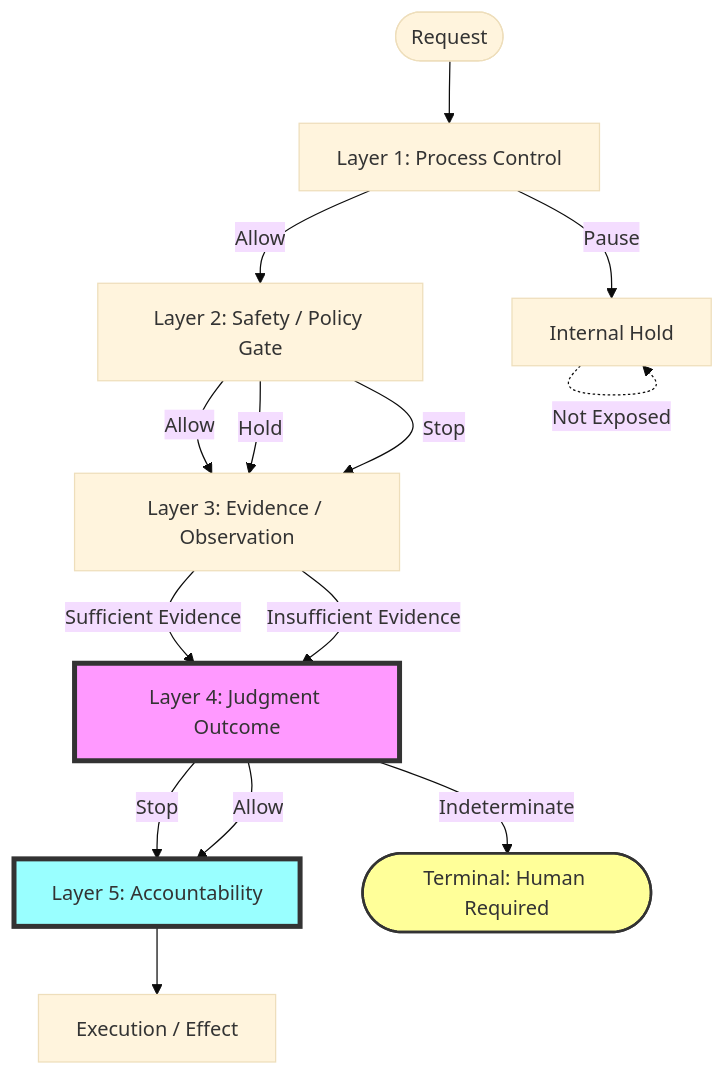
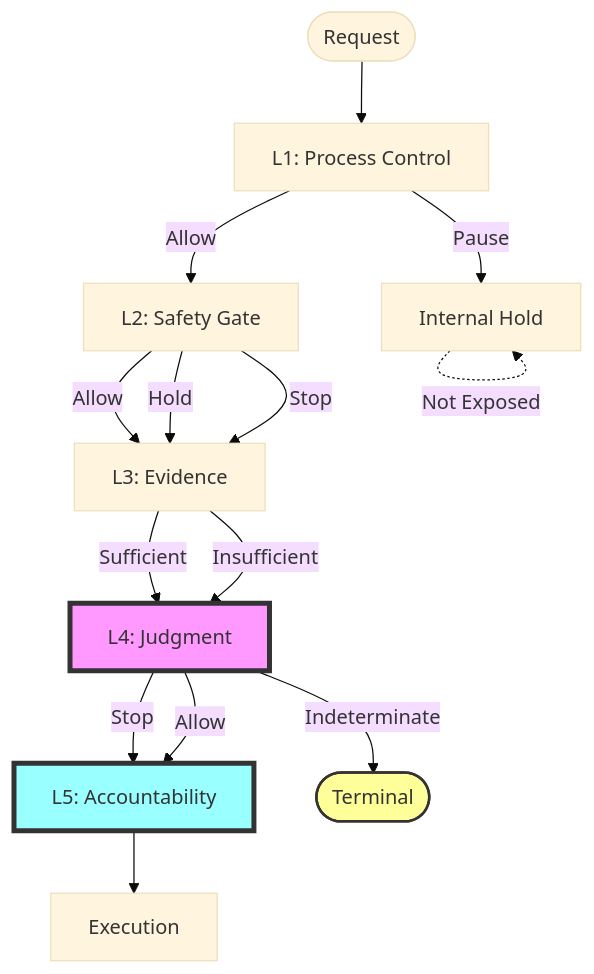
The first of 6 diagrams in README.md (Nick-heo-eg/ajt-judgment-flow-demo), drawn with Mermaid (base theme) before and after one commit. The commit also changed other lines of this file, not shown here.

First line of the commit message:
fix: shorten labels to prevent text overflow in diagrams

````diff
--- a/README.md
+++ b/README.md
@@ -29,25 +29,25 @@
 ```mermaid
 graph TD
-    Start([Request]) --> L1[Layer 1: Process Control]
+    Start([Request]) --> L1[L1: Process Control]
 
-    L1 -->|Allow| L2[Layer 2: Safety / Policy Gate]
+    L1 -->|Allow| L2[L2: Safety Gate]
     L1 -->|Pause| L1_Hold[Internal Hold]
     L1_Hold -.->|Not Exposed| L1_Hold
 
-    L2 -->|Allow| L3[Layer 3: Evidence / Observation]
+    L2 -->|Allow| L3[L3: Evidence]
     L2 -->|Hold| L3
     L2 -->|Stop| L3
 
-    L3 -->|Sufficient Evidence| L4[Layer 4: Judgment Outcome]
-    L3 -->|Insufficient Evidence| L4
+    L3 -->|Sufficient| L4[L4: Judgment]
+    L3 -->|Insufficient| L4
 
-    L4 -->|Stop| L5[Layer 5: Accountability]
+    L4 -->|Stop| L5[L5: Accountability]
     L4 -->|Allow| L5
-    L4 -->|Indeterminate| End_Ind([Terminal: Human Required])
+    L4 -->|Indeterminate| End_Ind([Terminal])
 
-    L5 --> Exec[Execution / Effect]
+    L5 --> Exec[Execution]
 
     style L4 fill:#f9f,stroke:#333,stroke-width:4px
     style L5 fill:#9ff,stroke:#333,stroke-width:4px
     style End_Ind fill:#ff9,stroke:#333,stroke-width:2px
 ```
````
